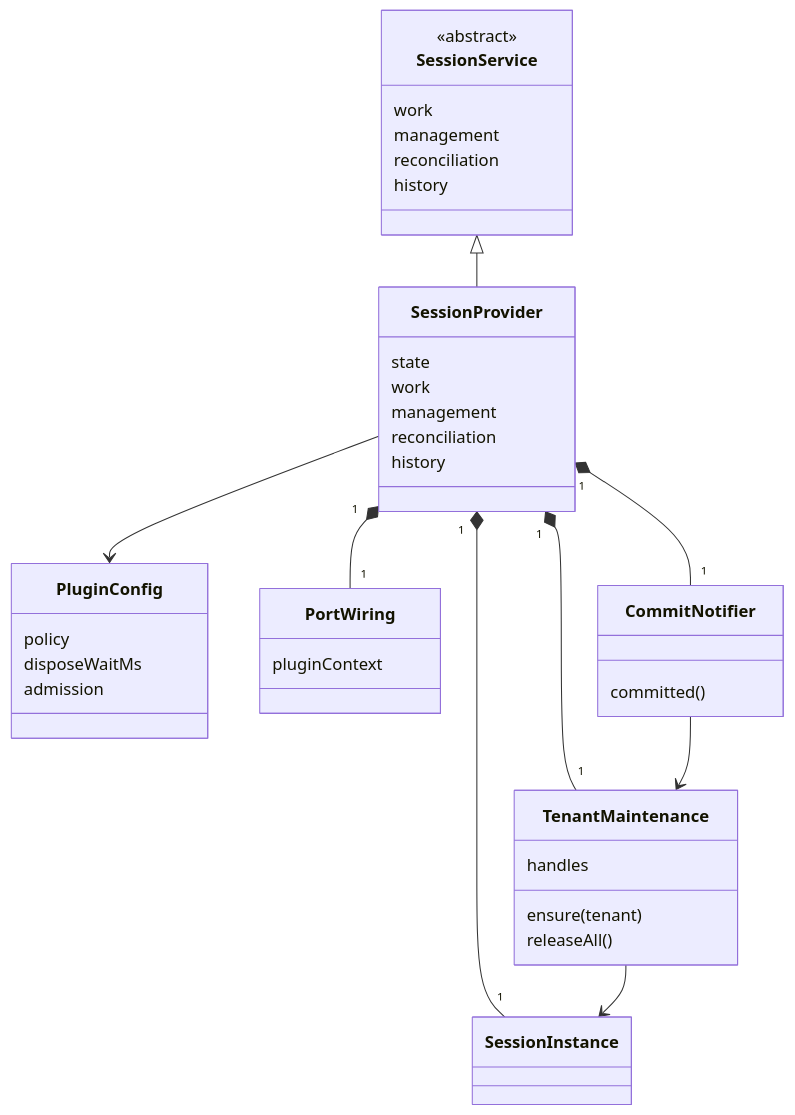
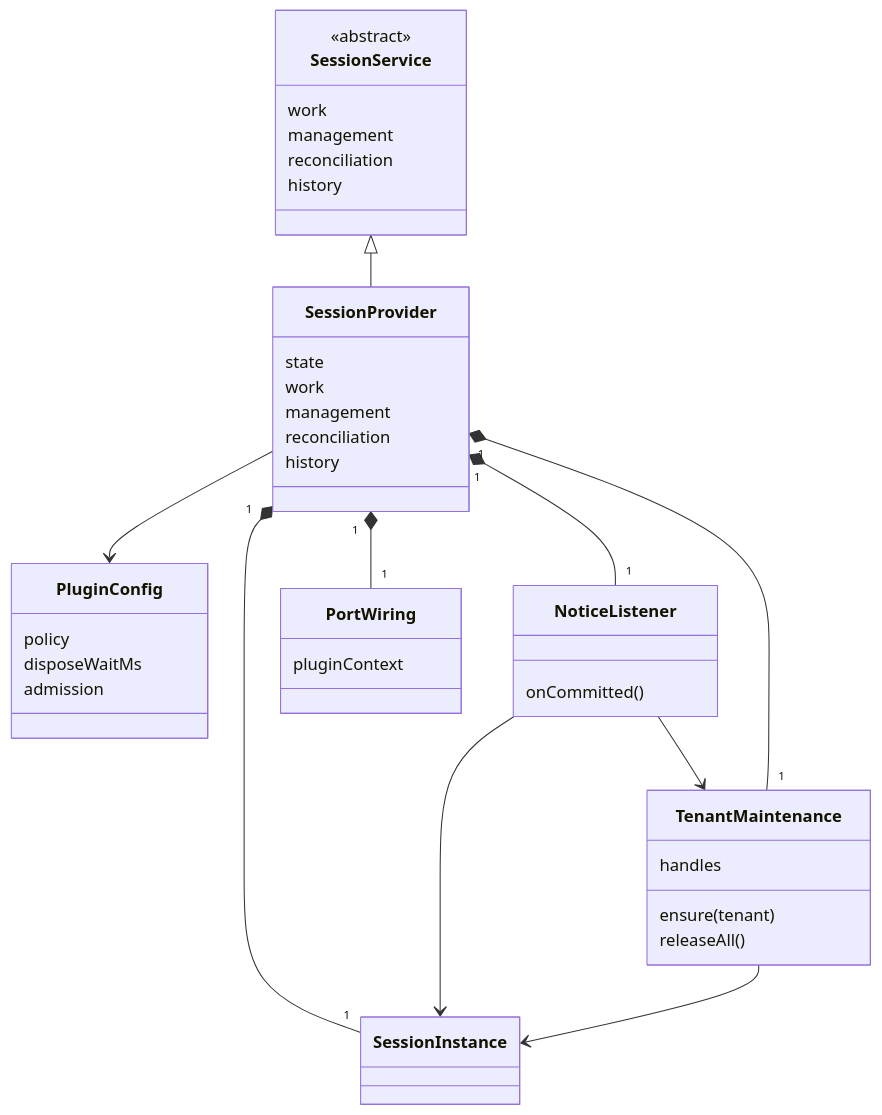
One commit to nemori-ai/omne-harness-lite changed the diagram in packages/session/session-cordis/docs/object-model.md. Above: the diagram before and after it, drawn with Mermaid. The commit also changed other lines of this file and 36 other files, not shown here.

````diff
--- a/packages/session/session-cordis/docs/object-model.md
+++ b/packages/session/session-cordis/docs/object-model.md
@@ -17,42 +18,43 @@
 ```mermaid
 classDiagram
   class SessionService {
     <<abstract>>
     work
     management
     reconciliation
     history
   }
   class SessionProvider {
     state
     work
     management
     reconciliation
     history
   }
   class PluginConfig {
     policy
     disposeWaitMs
     admission
   }
   class PortWiring {
     pluginContext
   }
-  class CommitNotifier {
-    committed()
+  class NoticeListener {
+    onCommitted()
   }
   class TenantMaintenance {
     handles
     ensure(tenant)
     releaseAll()
   }
   class SessionInstance
   SessionService <|-- SessionProvider
   SessionProvider --> PluginConfig
   SessionProvider "1" *-- "1" SessionInstance
   SessionProvider "1" *-- "1" PortWiring
-  SessionProvider "1" *-- "1" CommitNotifier
+  SessionProvider "1" *-- "1" NoticeListener
   SessionProvider "1" *-- "1" TenantMaintenance
-  CommitNotifier --> TenantMaintenance
+  NoticeListener --> SessionInstance
+  NoticeListener --> TenantMaintenance
   TenantMaintenance --> SessionInstance
 ```
````
